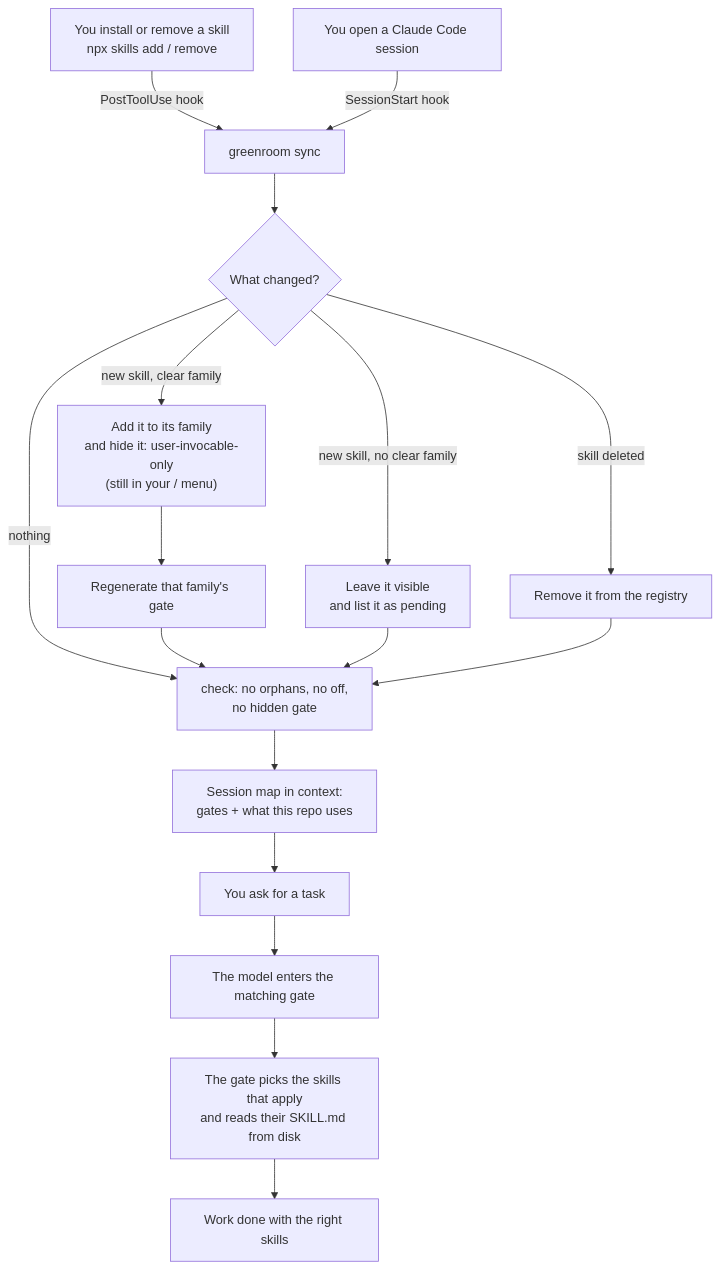
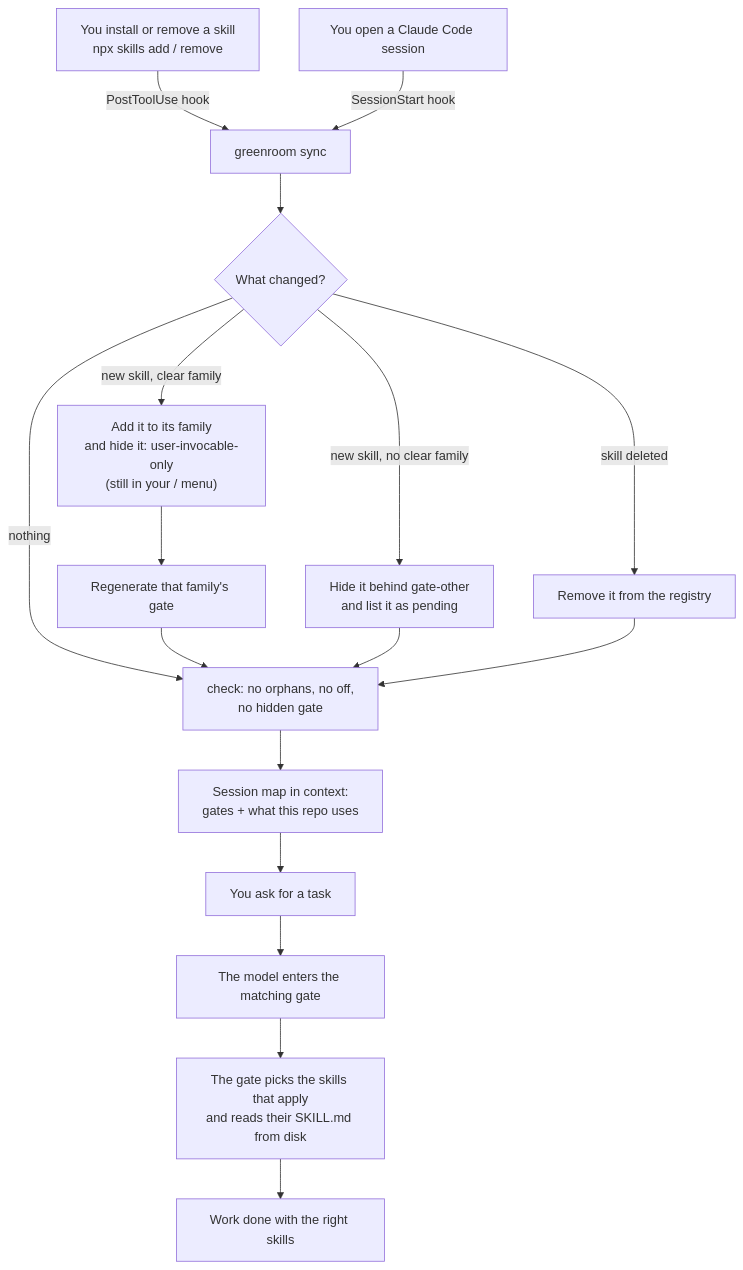
One commit to PapiScholz/greenroom changed the diagram in README.md. Above: the diagram before and after it, drawn with Mermaid. The commit also changed other lines of this file and 6 other files, not shown here.

First line of the commit message:
feat: clasificación por palabra completa, puerta gate-other para pendientes y aviso de contexto doble

````diff
--- a/README.md
+++ b/README.md
@@ -46,19 +46,19 @@
 ```mermaid
 flowchart TD
     I["You install or remove a skill<br/>npx skills add / remove"] -->|PostToolUse hook| S
     O["You open a Claude Code session"] -->|SessionStart hook| S
     S["greenroom sync"] --> N{"What changed?"}
     N -->|"new skill, clear family"| H["Add it to its family<br/>and hide it: user-invocable-only<br/>(still in your / menu)"]
-    N -->|"new skill, no clear family"| P["Leave it visible<br/>and list it as pending"]
+    N -->|"new skill, no clear family"| P["Hide it behind gate-other<br/>and list it as pending"]
     N -->|"skill deleted"| R["Remove it from the registry"]
     N -->|nothing| K
     H --> G["Regenerate that family's gate"]
     G --> K
     P --> K
     R --> K
     K["check: no orphans, no off,<br/>no hidden gate"] --> M["Session map in context:<br/>gates + what this repo uses"]
     M --> T["You ask for a task"]
     T --> E["The model enters the matching gate"]
     E --> L["The gate picks the skills that apply<br/>and reads their SKILL.md from disk"]
     L --> W["Work done with the right skills"]
 ```
````
